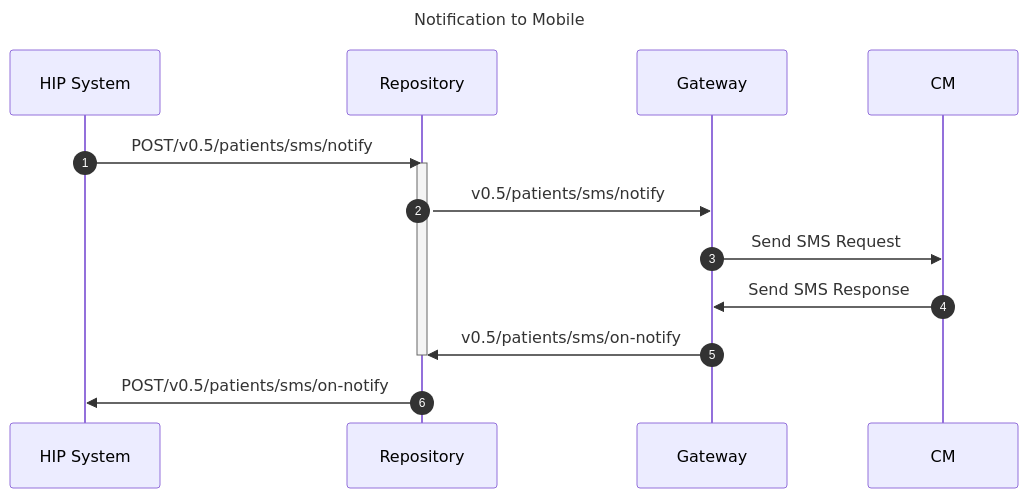
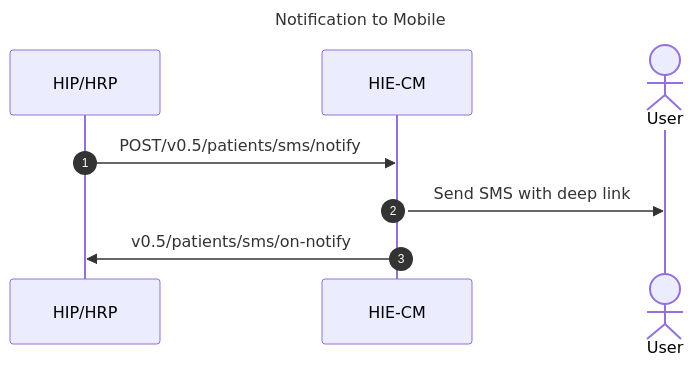
One commit to kiranma72/abdm-docs changed the diagram in content/3-milestone2/link-care-context/notification-mobile.md. Above: the diagram before and after it, drawn with Mermaid. The commit also changed other lines of this file and 7 other files, not shown here.

```diff
--- a/content/3-milestone2/link-care-context/notification-mobile.md
+++ b/content/3-milestone2/link-care-context/notification-mobile.md
@@ -34,13 +35,10 @@
 {{< mermaid >}}
 %%{init:{"fontSize": "1.0rem", "sequence":{"showSequenceNumbers":true}}}%%
 sequenceDiagram
 title Notification to Mobile
-HIP System->>Repository:POST/v0.5/patients/sms/notify
-activate Repository
-Repository->>Gateway:v0.5/patients/sms/notify
-Gateway->>CM:Send SMS Request
-CM->>Gateway:Send SMS Response
-Gateway->>Repository:v0.5/patients/sms/on-notify
-deactivate Repository
-Repository->>HIP System:POST/v0.5/patients/sms/on-notify
+HIP/HRP->>HIE-CM:POST/v0.5/patients/sms/notify
+activate HIE-CM
+actor User
+HIE-CM->>User:Send SMS with deep link
+HIE-CM->>HIP/HRP:v0.5/patients/sms/on-notify
 {{< /mermaid >}}
```
